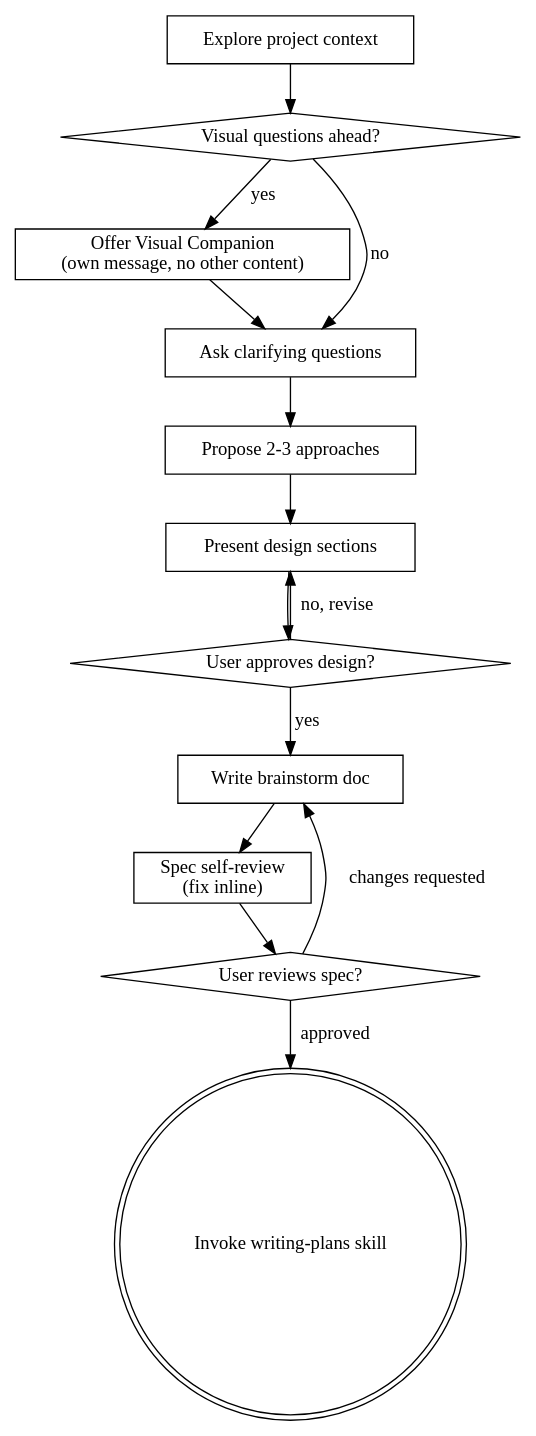
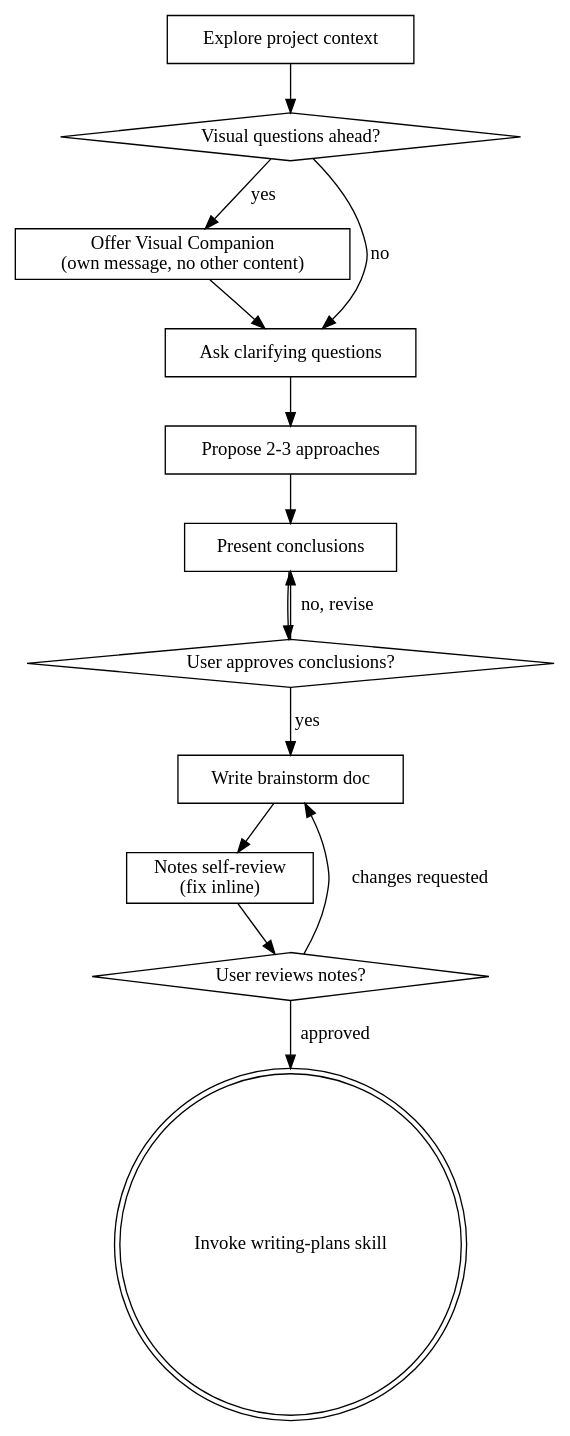
Before and after one commit to PromptPasture/agent.md: the diagram in src/skills/productivity/brainstorm/SKILL.md, drawn with Graphviz. The commit also changed other lines of this file and 1 other file, not shown here.

First line of the commit message:
feat(skills): reframe brainstorm skill from design-spec to brainstorm-exploration paradigm

````diff
--- a/src/skills/productivity/brainstorm/SKILL.md
+++ b/src/skills/productivity/brainstorm/SKILL.md
@@ -43,29 +43,29 @@
 ```dot
 digraph brainstorming {
     "Explore project context" [shape=box];
     "Visual questions ahead?" [shape=diamond];
     "Offer Visual Companion\n(own message, no other content)" [shape=box];
     "Ask clarifying questions" [shape=box];
     "Propose 2-3 approaches" [shape=box];
-    "Present design sections" [shape=box];
-    "User approves design?" [shape=diamond];
+    "Present conclusions" [shape=box];
+    "User approves conclusions?" [shape=diamond];
     "Write brainstorm doc" [shape=box];
-    "Spec self-review\n(fix inline)" [shape=box];
-    "User reviews spec?" [shape=diamond];
+    "Notes self-review\n(fix inline)" [shape=box];
+    "User reviews notes?" [shape=diamond];
     "Invoke writing-plans skill" [shape=doublecircle];
 
     "Explore project context" -> "Visual questions ahead?";
     "Visual questions ahead?" -> "Offer Visual Companion\n(own message, no other content)" [label="yes"];
     "Visual questions ahead?" -> "Ask clarifying questions" [label="no"];
     "Offer Visual Companion\n(own message, no other content)" -> "Ask clarifying questions";
     "Ask clarifying questions" -> "Propose 2-3 approaches";
-    "Propose 2-3 approaches" -> "Present design sections";
-    "Present design sections" -> "User approves design?";
-    "User approves design?" -> "Present design sections" [label="no, revise"];
-    "User approves design?" -> "Write brainstorm doc" [label="yes"];
-    "Write brainstorm doc" -> "Spec self-review\n(fix inline)";
-    "Spec self-review\n(fix inline)" -> "User reviews spec?";
-    "User reviews spec?" -> "Write brainstorm doc" [label="changes requested"];
-    "User reviews spec?" -> "Invoke writing-plans skill" [label="approved"];
+    "Propose 2-3 approaches" -> "Present conclusions";
+    "Present conclusions" -> "User approves conclusions?";
+    "User approves conclusions?" -> "Present conclusions" [label="no, revise"];
+    "User approves conclusions?" -> "Write brainstorm doc" [label="yes"];
+    "Write brainstorm doc" -> "Notes self-review\n(fix inline)";
+    "Notes self-review\n(fix inline)" -> "User reviews notes?";
+    "User reviews notes?" -> "Write brainstorm doc" [label="changes requested"];
+    "User reviews notes?" -> "Invoke writing-plans skill" [label="approved"];
 }
 ```
````
